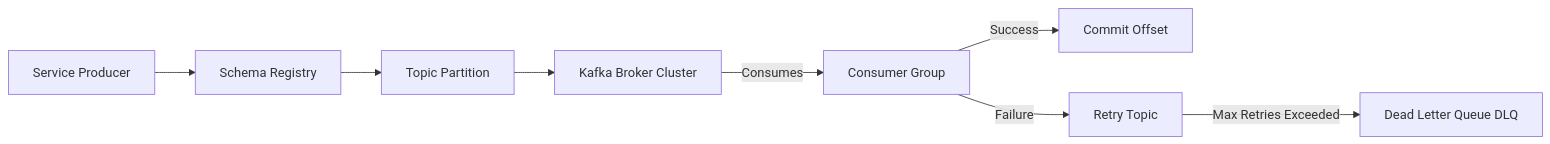
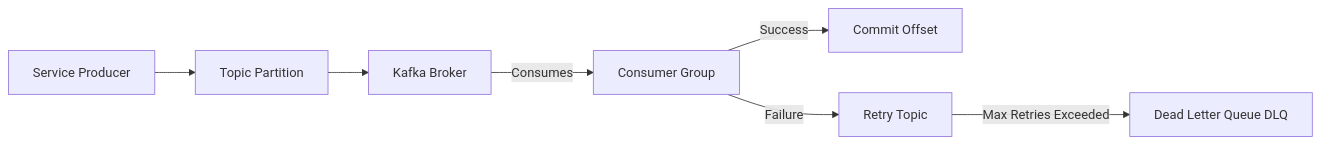
The sixth of 18 diagrams in HLD.md (DigantaSen/Cyber-Fraud-Detection-Service), drawn with Mermaid before and after one commit. The commit also changed other lines of this file and 484 other files, not shown here.

````diff
--- a/HLD.md
+++ b/HLD.md
@@ -246,12 +297,11 @@
 ```mermaid
 flowchart LR
-    Producer[Service Producer] --> Schema[Schema Registry]
-    Schema --> Partition[Topic Partition]
-    Partition --> Broker[Kafka Broker Cluster]
+    Producer[Service Producer] --> Partition[Topic Partition]
+    Partition --> Broker[Kafka Broker]
     Broker -->|Consumes| CG[Consumer Group]
     
     CG -->|Success| Commit[Commit Offset]
     CG -->|Failure| RetryTopic[Retry Topic]
     
     RetryTopic -->|Max Retries Exceeded| DLQ[Dead Letter Queue DLQ]
 ```
````
